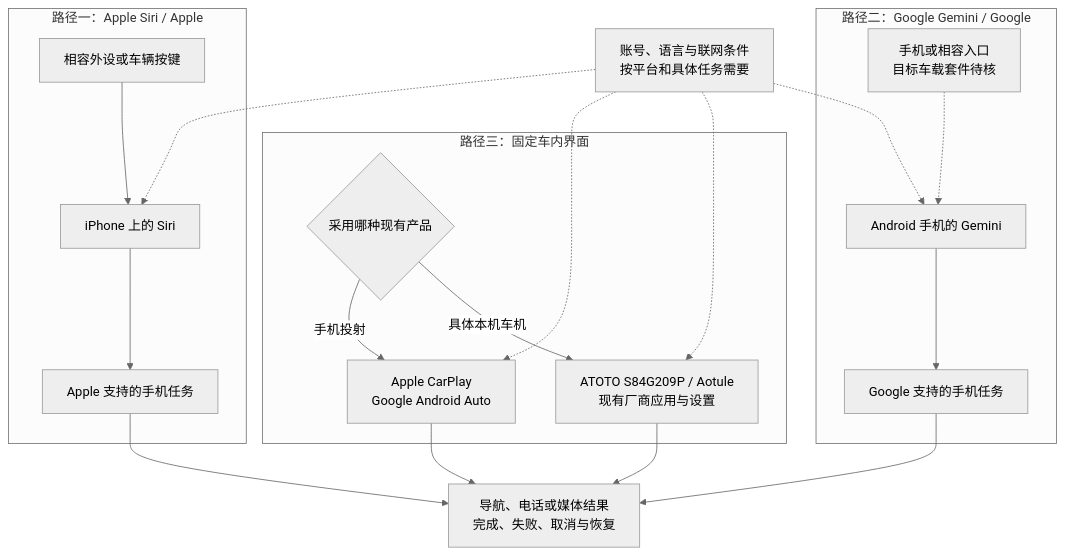
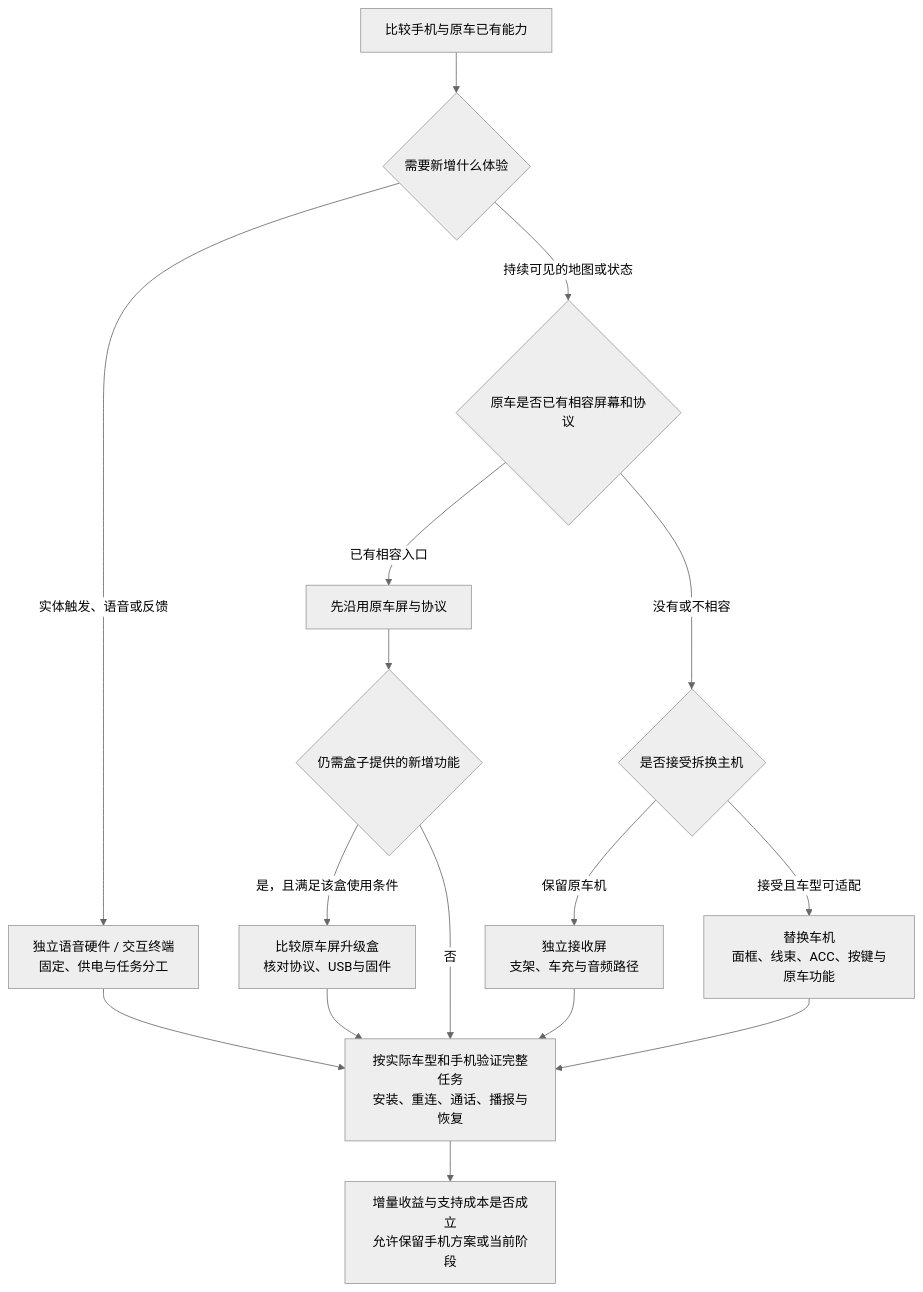
Before and after one commit to DreamSoul-AI/in-vehicle-ai-research: the diagram in dist/diagrams/fig-06.mmd, drawn with Mermaid (neutral theme). The commit also changed 42 other files, not shown here.

```diff
--- a/dist/diagrams/fig-06.mmd
+++ b/dist/diagrams/fig-06.mmd
@@ -1,30 +1,21 @@
-%% title: 三种现有平台接入路径
-%% 分析示意；Gemini目标车载外设入口待核，不代表所有蓝牙套件兼容。
-%% 来源 https://support.apple.com/en-ie/guide/iphone/iph0aa8c80e6/27/ios/27
-%% 来源 https://support.google.com/gemini/answer/15456140?hl=en
-%% 来源 https://support.google.com/gemini/answer/16735982?hl=en
+%% title: 硬件载体与安装选型
+%% 按车辆条件评估载体；具体型号仍需验证安装与兼容。
+%% 来源 https://carpuride.com/products/carpuride-w903-portable-smart-multimedia-dashboard-console-with-front-camera
 %% 来源 https://www.atotodirect.com/en-gb/pages/manual-460-en
+%% 来源 https://www.carlinkit.com/uhd6225
 flowchart TB
-  subgraph A["路径一：Apple Siri / Apple"]
-    A1["相容外设或车辆按键"] --> A2["iPhone 上的 Siri"]
-    A2 --> A3["Apple 支持的手机任务"]
-  end
-  subgraph B["路径二：Google Gemini / Google"]
-    B1["手机或相容入口<br/>目标车载套件待核"] -.-> B2["Android 手机的 Gemini"]
-    B2 --> B3["Google 支持的手机任务"]
-  end
-  subgraph C["路径三：固定车内界面"]
-    C1{"采用哪种现有产品"}
-    C1 -->|"手机投射"| C2["Apple CarPlay<br/>Google Android Auto"]
-    C1 -->|"具体本机车机"| C3["ATOTO S84G209P / Aotule<br/>现有厂商应用与设置"]
-  end
-  SERVICE["账号、语言与联网条件<br/>按平台和具体任务需要"]
-  RESULT["导航、电话或媒体结果<br/>完成、失败、取消与恢复"]
-  SERVICE -.-> A2
-  SERVICE -.-> B2
-  SERVICE -.-> C2
-  SERVICE -.-> C3
-  A3 --> RESULT
-  B3 --> RESULT
-  C2 --> RESULT
-  C3 --> RESULT
+  START["比较手机与原车已有能力"] --> NEED{"需要新增什么体验"}
+  NEED -->|"实体触发、语音或反馈"| VOICE["独立语音硬件 / 交互终端<br/>固定、供电与任务分工"]
+  NEED -->|"持续可见的地图或状态"| SCREEN{"原车是否已有相容屏幕和协议"}
+  SCREEN -->|"已有相容入口"| REUSE["先沿用原车屏与协议"]
+  REUSE --> EXTRA{"仍需盒子提供的新增功能"}
+  EXTRA -->|"是，且满足该盒使用条件"| BOX["比较原车屏升级盒<br/>核对协议、USB与固件"]
+  EXTRA -->|"否"| VALIDATE
+  SCREEN -->|"没有或不相容"| INSTALL{"是否接受拆换主机"}
+  INSTALL -->|"保留原车机"| PORTABLE["独立接收屏<br/>支架、车充与音频路径"]
+  INSTALL -->|"接受且车型可适配"| HEADUNIT["替换车机<br/>面框、线束、ACC、按键与原车功能"]
+  VOICE --> VALIDATE["按实际车型和手机验证完整任务<br/>安装、重连、通话、播报与恢复"]
+  BOX --> VALIDATE
+  PORTABLE --> VALIDATE
+  HEADUNIT --> VALIDATE
+  VALIDATE --> DECIDE["增量收益与支持成本是否成立<br/>允许保留手机方案或当前阶段"]
```
